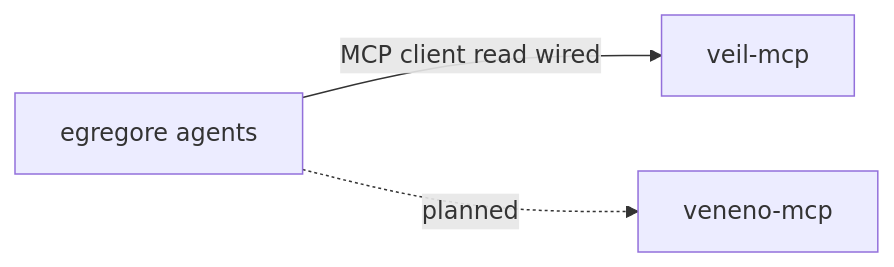
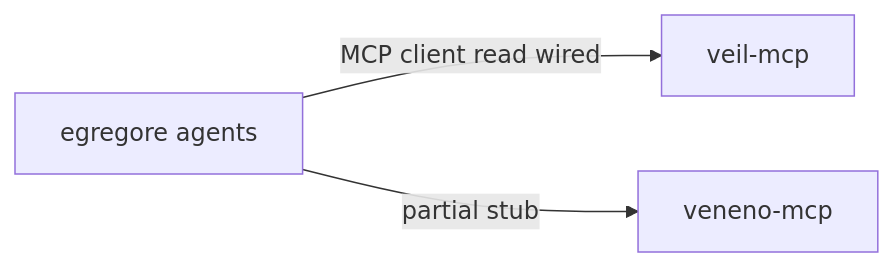
Before and after one commit to butbeautifulv/cxado: the fourth of 4 diagrams in docs/ecosystem-map.md, drawn with Mermaid. The commit also changed other lines of this file and 32 other files, not shown here.

````diff
--- a/docs/ecosystem-map.md
+++ b/docs/ecosystem-map.md
@@ -193,5 +193,5 @@
 ```mermaid
 flowchart LR
   AGI[egregore agents] -->|MCP client read wired| MCP[veil-mcp]
-  AGI -.->|planned| VEN[veneno-mcp]
+  AGI -->|partial stub| VEN[veneno-mcp]
 ```
````
